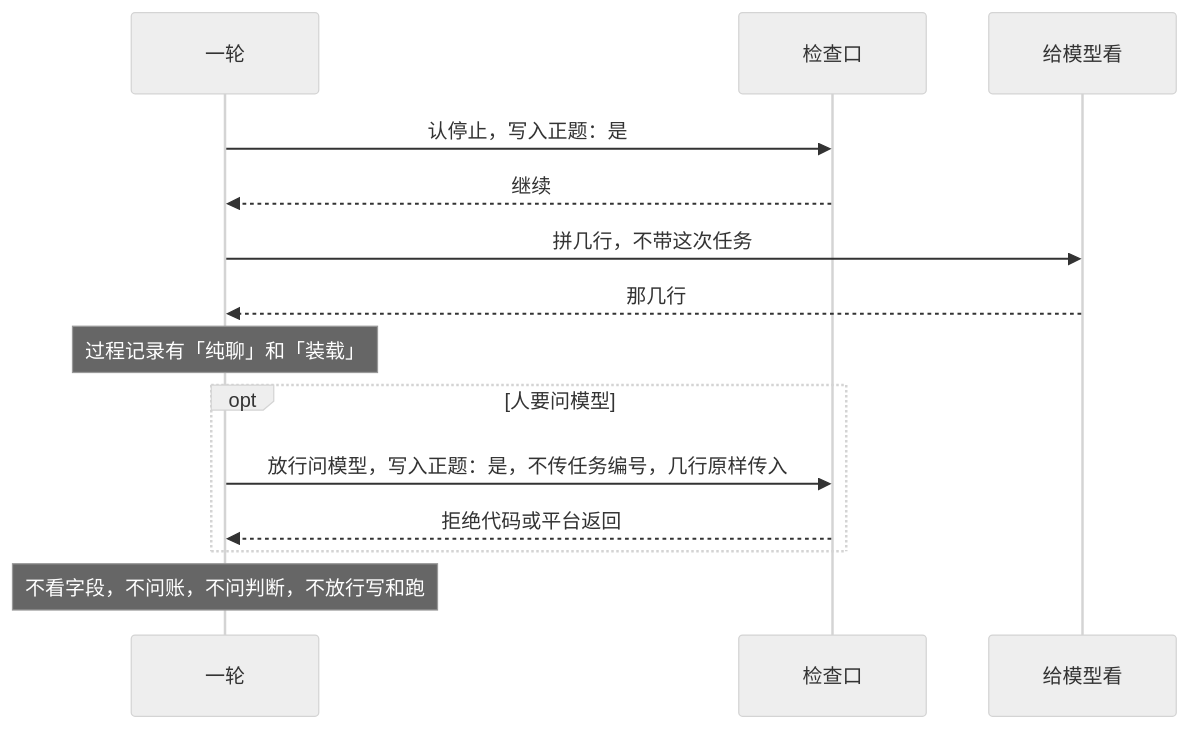
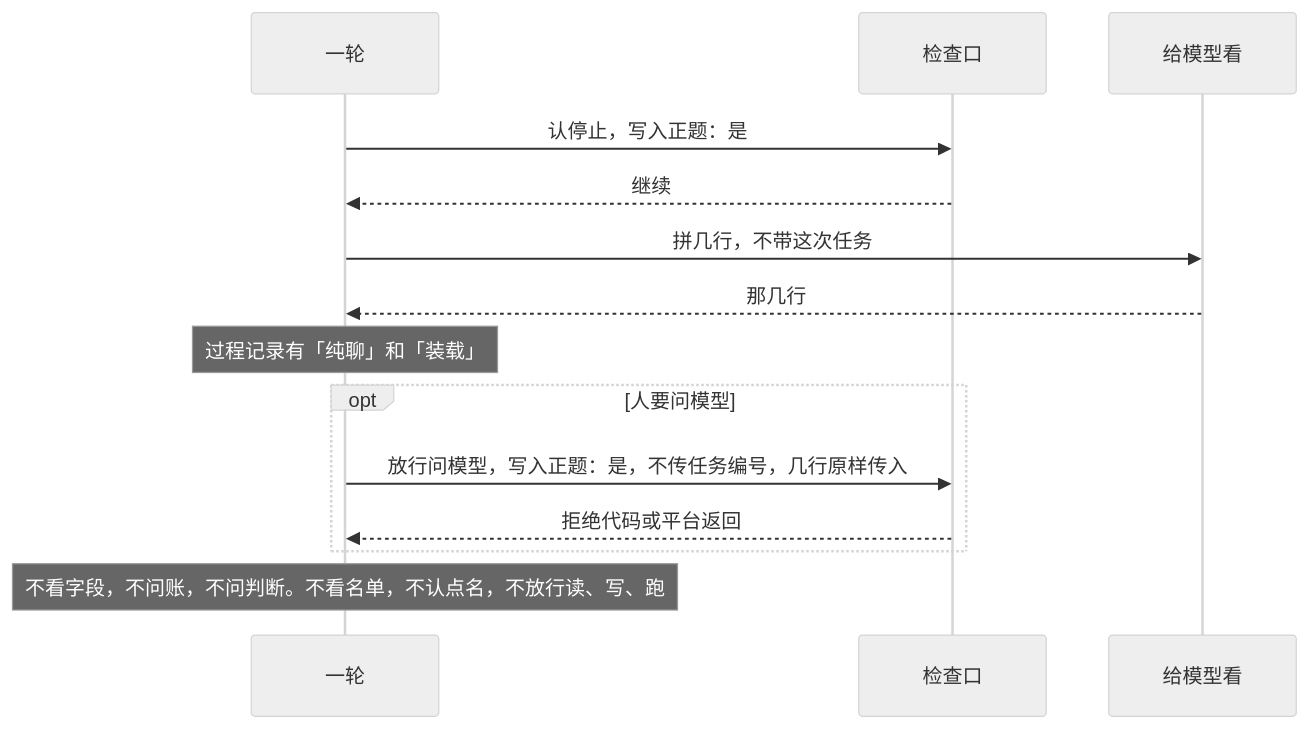
Before and after one commit to zxpmail/tepeu: the second of 5 diagrams in docs/specs/一轮.md, drawn with Mermaid (neutral theme). The commit also changed other lines of this file and 46 other files, not shown here.

````diff
--- a/docs/specs/一轮.md
+++ b/docs/specs/一轮.md
@@ -52,16 +58,16 @@
 ```mermaid
 sequenceDiagram
   participant round as 一轮
   participant gate as 检查口
   participant view as 给模型看
   round->>gate: 认停止，写入正题：是
   gate-->>round: 继续
   round->>view: 拼几行，不带这次任务
   view-->>round: 那几行
   Note over round: 过程记录有「纯聊」和「装载」
   opt 人要问模型
     round->>gate: 放行问模型，写入正题：是，不传任务编号，几行原样传入
     gate-->>round: 拒绝代码或平台返回
   end
-  Note over round: 不看字段，不问账，不问判断，不放行写和跑
+  Note over round: 不看字段，不问账，不问判断。不看名单，不认点名，不放行读、写、跑
 ```
````
